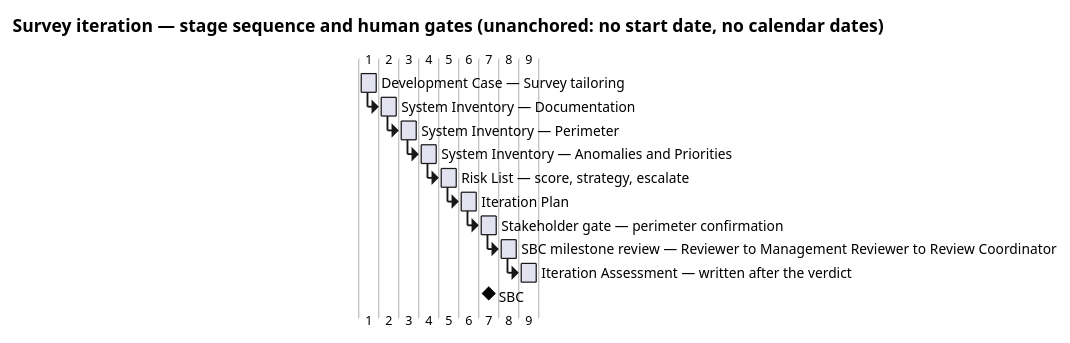
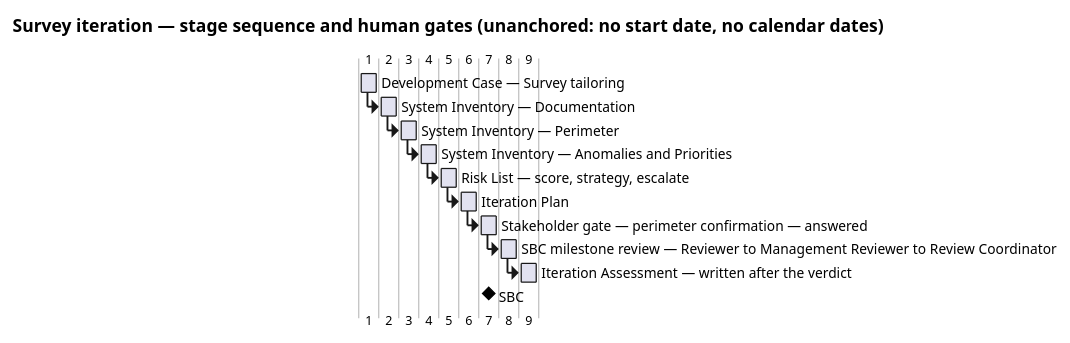
Before and after one commit to banense-test/TodoApp: the second of 3 diagrams in docs/artifacts/project-management/iteration-plan.md, drawn with PlantUML. The commit also changed other lines of this file, not shown here.

First line of the commit message:
Project Manager [Survey1]: upsert Iteration Plan

````diff
--- a/docs/artifacts/project-management/iteration-plan.md
+++ b/docs/artifacts/project-management/iteration-plan.md
@@ -109,35 +109,36 @@
 ```plantuml
 @startgantt
 title Survey iteration — stage sequence and human gates (unanchored: no start date, no calendar dates)
 skinparam shadowing false
 
 [Development Case — Survey tailoring] lasts 1 day
 [System Inventory — Documentation] lasts 1 day
 [System Inventory — Perimeter] lasts 1 day
 [System Inventory — Anomalies and Priorities] lasts 1 day
 [Risk List — score, strategy, escalate] lasts 1 day
 [Iteration Plan] lasts 1 day
-[Stakeholder gate — perimeter confirmation] lasts 1 day
+[Stakeholder gate — perimeter confirmation — answered] lasts 1 day
 [SBC milestone review — Reviewer to Management Reviewer to Review Coordinator] lasts 1 day
 [Iteration Assessment — written after the verdict] lasts 1 day
 
 [System Inventory — Documentation] starts at [Development Case — Survey tailoring]'s end
 [System Inventory — Perimeter] starts at [System Inventory — Documentation]'s end
 [System Inventory — Anomalies and Priorities] starts at [System Inventory — Perimeter]'s end
 [Risk List — score, strategy, escalate] starts at [System Inventory — Anomalies and Priorities]'s end
 [Iteration Plan] starts at [Risk List — score, strategy, escalate]'s end
-[Stakeholder gate — perimeter confirmation] starts at [Iteration Plan]'s end
-[SBC milestone review — Reviewer to Management Reviewer to Review Coordinator] starts at [Stakeholder gate — perimeter confirmation]'s end
+[Stakeholder gate — perimeter confirmation — answered] starts at [Iteration Plan]'s end
+[SBC milestone review — Reviewer to Management Reviewer to Review Coordinator] starts at [Stakeholder gate — perimeter confirmation — answered]'s end
 [Iteration Assessment — written after the verdict] starts at [SBC milestone review — Reviewer to Management Reviewer to Review Coordinator]'s end
 
-[SBC] happens at [Stakeholder gate — perimeter confirmation]'s end
+[SBC] happens at [Stakeholder gate — perimeter confirmation — answered]'s end
 
 note bottom
   Bar length carries ordering only. No stage here has been measured,
   so no bar is a forecast of its duration: each stage ends when its
   exit condition passes.
-  The stakeholder gate is a human wait — days of queue time, ceiling
-  14 before the process suspends. It is a risk, never a forecast.
+  The stakeholder gate is answered: the acceptances are in the Risk List,
+  the perimeter confirmation in the Evaluation Criteria. It was a human
+  wait — days of queue time, ceiling 14.
 end note
 @endgantt
 ```
````
